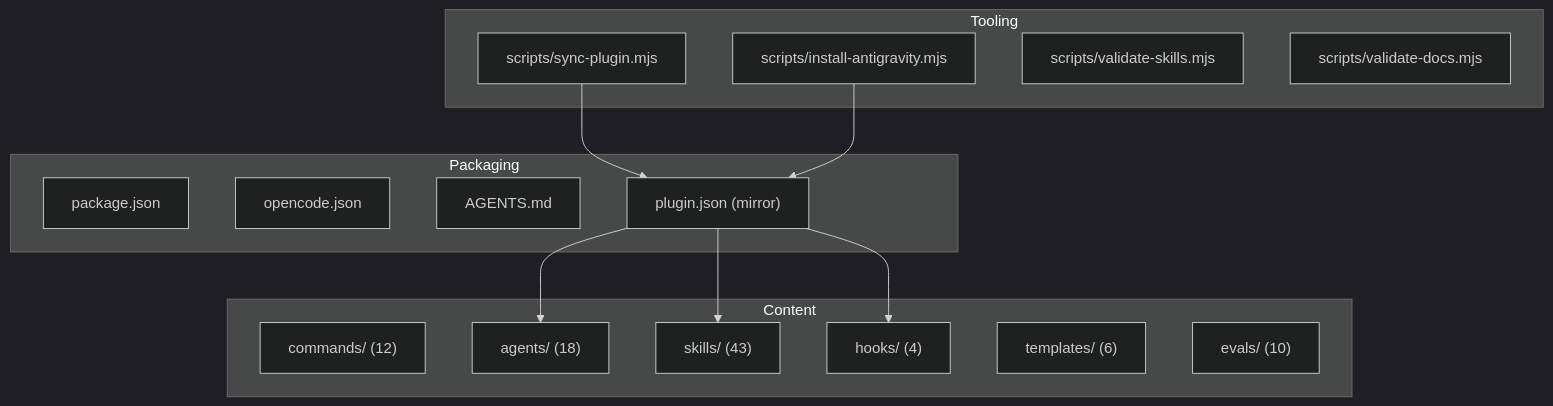
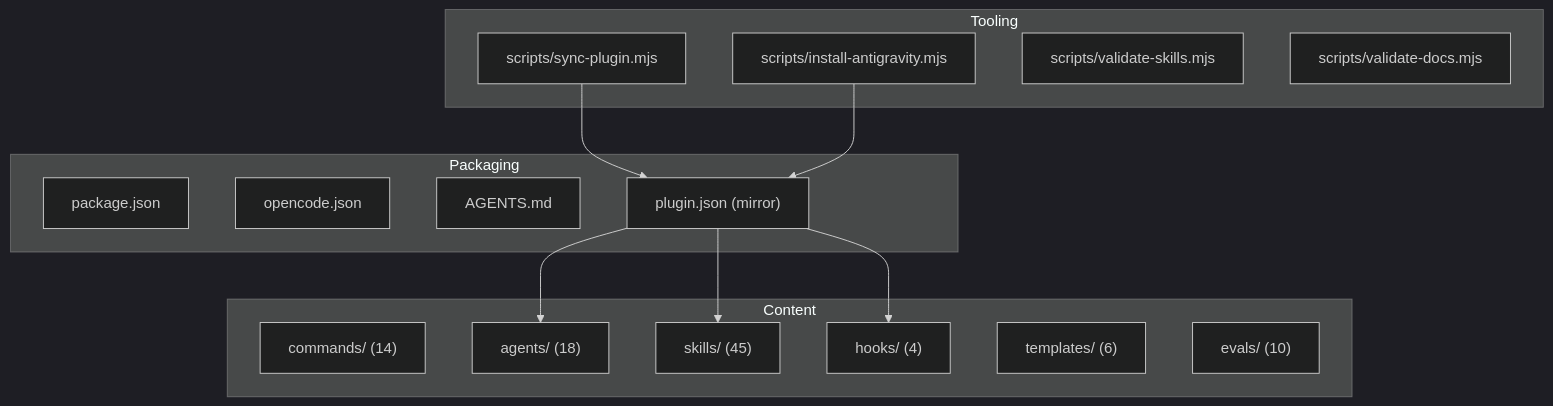
The diagram in docs/04-architecture/component-architecture.md (eybersjp/development-kit), drawn with Mermaid (dark theme) before and after one commit. The commit also changed other lines of this file and 42 other files, not shown here.

````diff
--- a/docs/04-architecture/component-architecture.md
+++ b/docs/04-architecture/component-architecture.md
@@ -5,28 +5,28 @@
 ```mermaid
 graph TD
     subgraph Content
-        C1["commands/ (12)"]
+        C1["commands/ (14)"]
         C2["agents/ (18)"]
-        C3["skills/ (43)"]
+        C3["skills/ (45)"]
         C4["hooks/ (4)"]
         C5["templates/ (6)"]
         C6["evals/ (10)"]
     end
     subgraph Tooling
         T1["scripts/install-antigravity.mjs"]
         T2["scripts/sync-plugin.mjs"]
         T3["scripts/validate-skills.mjs"]
         T4["scripts/validate-docs.mjs"]
     end
     subgraph Packaging
         P1["package.json"]
         P2["opencode.json"]
         P3["AGENTS.md"]
         P4["plugin.json (mirror)"]
     end
     T2 --> P4
     T1 --> P4
     P4 --> C3
     P4 --> C2
     P4 --> C4
 ```
````
